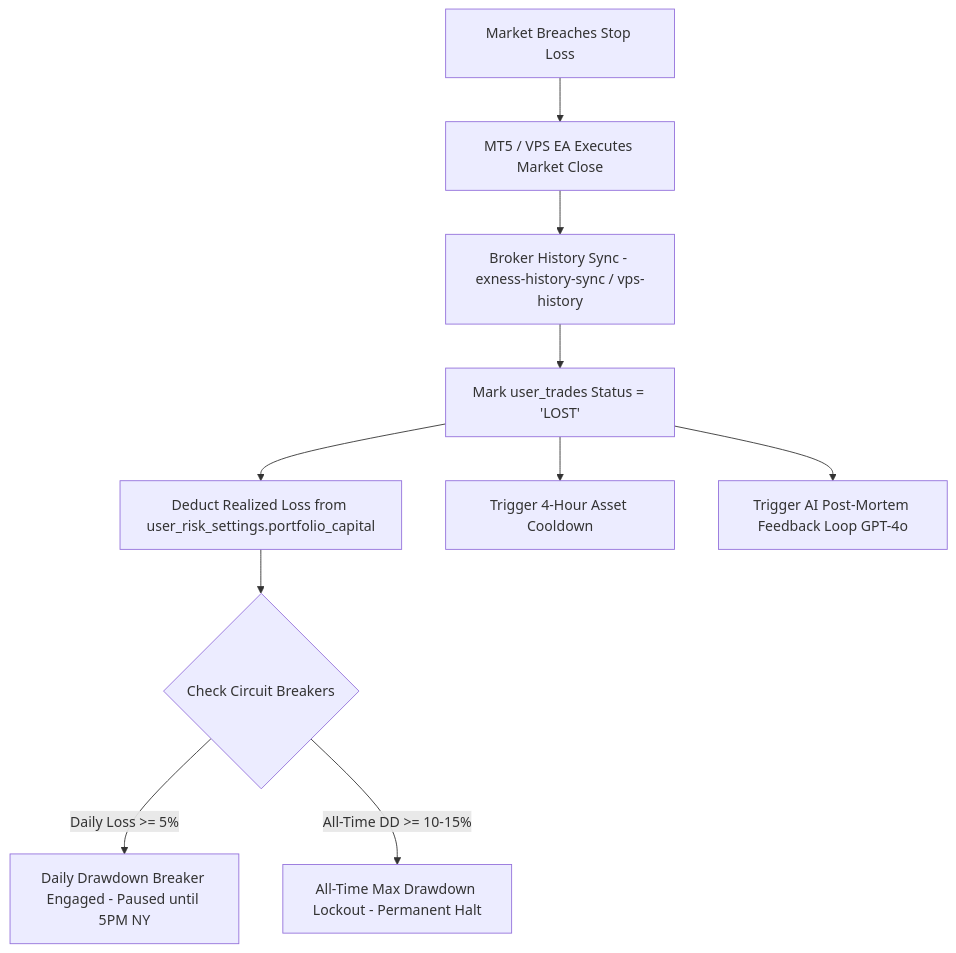
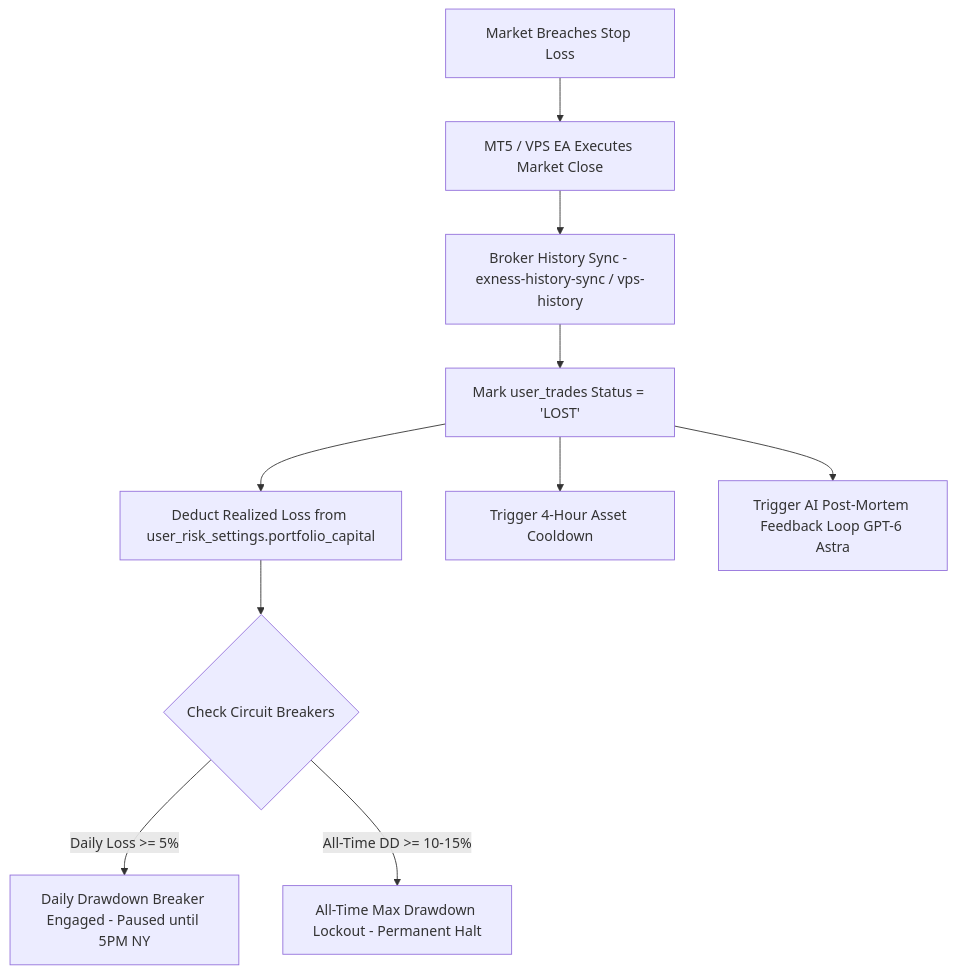
One commit to princejnr/invest changed the second of 3 diagrams in docs/PAMM Risk Management.md. Above: the diagram before and after it, drawn with Mermaid. The commit also changed other lines of this file and 4 other files, not shown here.

Commit message:
docs(ai): update documentation and agent post-mortem to reflect GPT-6 Astra

````diff
--- a/docs/PAMM Risk Management.md
+++ b/docs/PAMM Risk Management.md
@@ -168,12 +168,12 @@
 ```mermaid
 flowchart TD
     A[Market Breaches Stop Loss] --> B[MT5 / VPS EA Executes Market Close]
     B --> C[Broker History Sync - exness-history-sync / vps-history]
     C --> D[Mark user_trades Status = 'LOST']
     D --> E[Deduct Realized Loss from user_risk_settings.portfolio_capital]
     E --> F{Check Circuit Breakers}
     F -->|Daily Loss >= 5%| G[Daily Drawdown Breaker Engaged - Paused until 5PM NY]
     F -->|All-Time DD >= 10-15%| H[All-Time Max Drawdown Lockout - Permanent Halt]
     D --> I[Trigger 4-Hour Asset Cooldown]
-    D --> J[Trigger AI Post-Mortem Feedback Loop GPT-4o]
+    D --> J[Trigger AI Post-Mortem Feedback Loop GPT-6 Astra]
 ```
````
